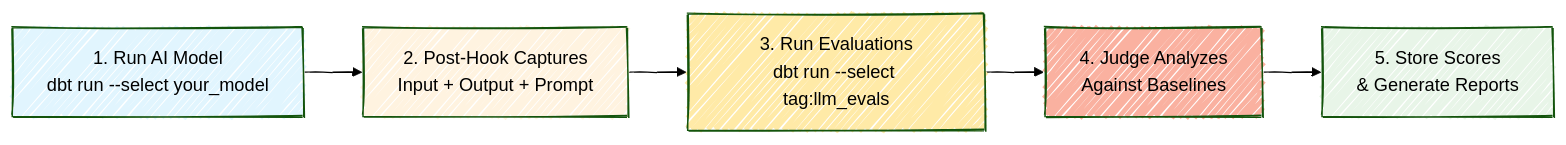
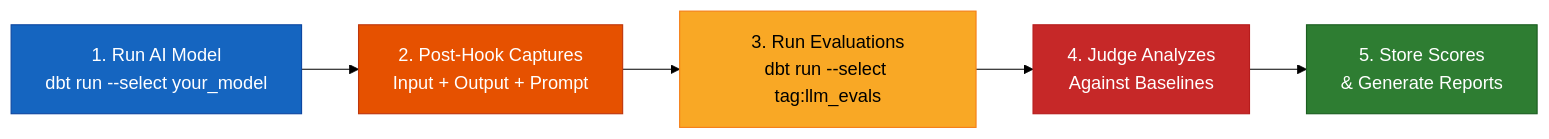
Before and after one commit to paradime-io/dbt-llm-evals: the diagram in README.md, drawn with Mermaid (forest theme).

Commit message:
fix: improve readability of How It Works flowchart in README
The Mermaid diagram used light pastel fills without explicit text colors,
making the labels difficult to read. Updated to use higher-contrast
background colors with explicit white/black text colors and defined
stroke colors for better visibility. Also removed the handDrawn config
which contributed to rendering issues.

````diff
--- a/README.md
+++ b/README.md
@@ -76,17 +76,13 @@
 ```mermaid
----
-config:
-  look: handDrawn
----
 flowchart LR
     A[1. Run AI Model<br/>dbt run --select your_model] --> B[2. Post-Hook Captures<br/>Input + Output + Prompt]
-    B --> C[3. Run Evaluations<br/>dbt run --select tag:llm_evals] 
+    B --> C[3. Run Evaluations<br/>dbt run --select tag:llm_evals]
     C --> D[4. Judge Analyzes<br/>Against Baselines]
     D --> E[5. Store Scores<br/>& Generate Reports]
-    
-    style A fill:#e1f5fe
-    style B fill:#fff3e0
-    style C fill:#ffeaa7
-    style D fill:#fab1a0
-    style E fill:#e8f5e8
+
+    style A fill:#1565c0,stroke:#0d47a1,color:#ffffff
+    style B fill:#e65100,stroke:#bf360c,color:#ffffff
+    style C fill:#f9a825,stroke:#f57f17,color:#000000
+    style D fill:#c62828,stroke:#b71c1c,color:#ffffff
+    style E fill:#2e7d32,stroke:#1b5e20,color:#ffffff
 ```
````
